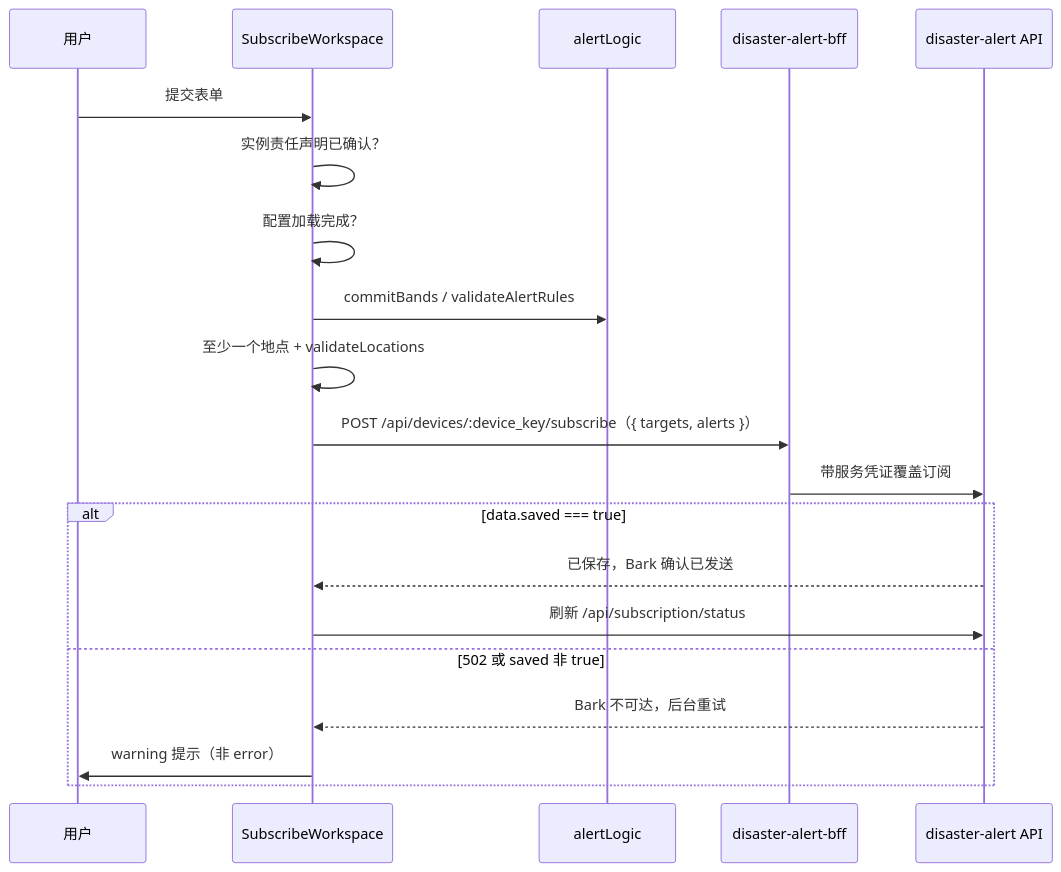
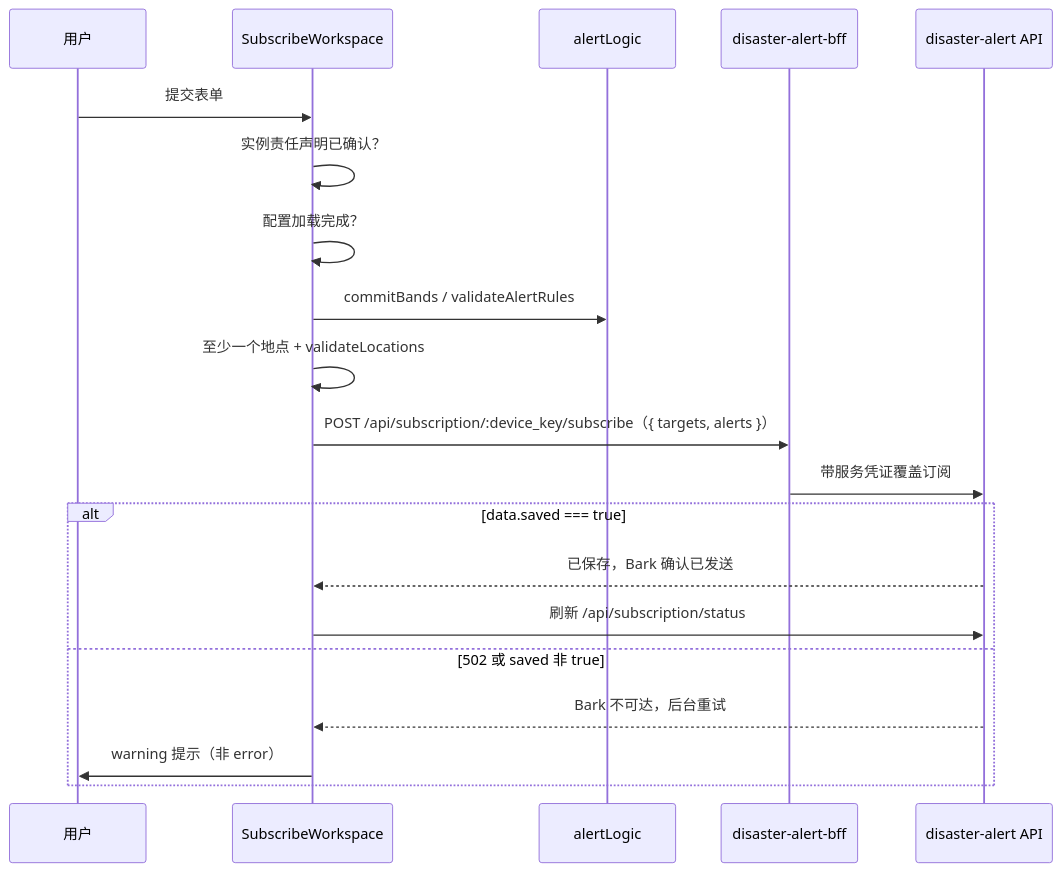
Before and after one commit to luyi2008/disaster-alert-web: the fifth of 8 diagrams in docs/architecture.md, drawn with Mermaid. The commit also changed other lines of this file and 5 other files, not shown here.

First line of the commit message:
Move device subscribe POST/DELETE under /api/subscription/ prefix

````diff
--- a/docs/architecture.md
+++ b/docs/architecture.md
@@ -225,23 +225,23 @@
 ```mermaid
 sequenceDiagram
     participant U as 用户
     participant A as SubscribeWorkspace
     participant AL as alertLogic
     participant BFF as disaster-alert-bff
     participant API as disaster-alert API
 
     U->>A: 提交表单
     A->>A: 实例责任声明已确认？
     A->>A: 配置加载完成？
     A->>AL: commitBands / validateAlertRules
     A->>A: 至少一个地点 + validateLocations
-    A->>BFF: POST /api/devices/:device_key/subscribe（{ targets, alerts }）
+    A->>BFF: POST /api/subscription/:device_key/subscribe（{ targets, alerts }）
     BFF->>API: 带服务凭证覆盖订阅
     alt data.saved === true
         API-->>A: 已保存，Bark 确认已发送
         A->>API: 刷新 /api/subscription/status
     else 502 或 saved 非 true
         API-->>A: Bark 不可达，后台重试
         A->>U: warning 提示（非 error）
     end
 ```
````
